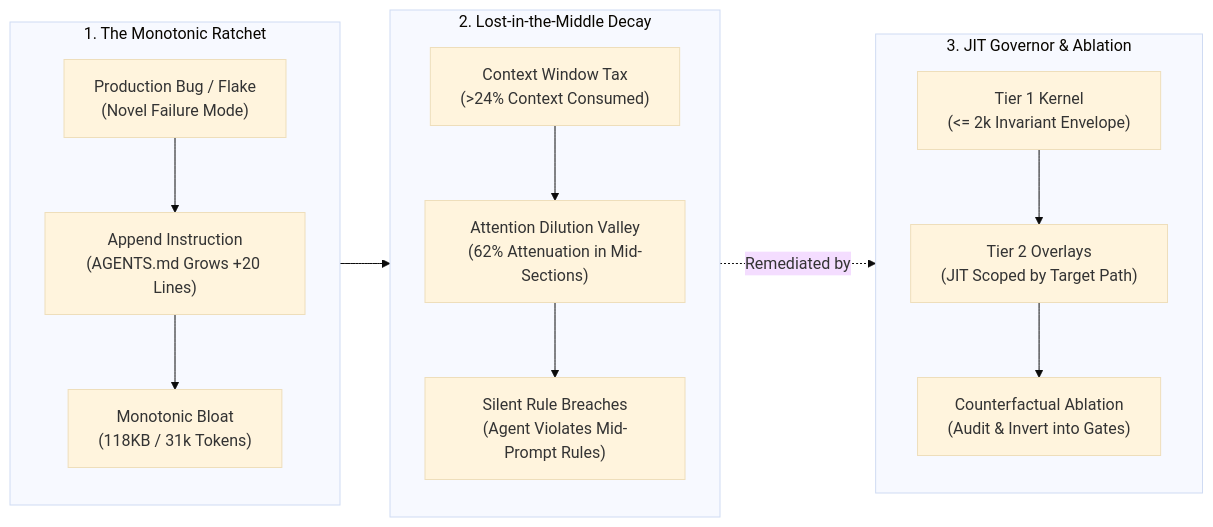
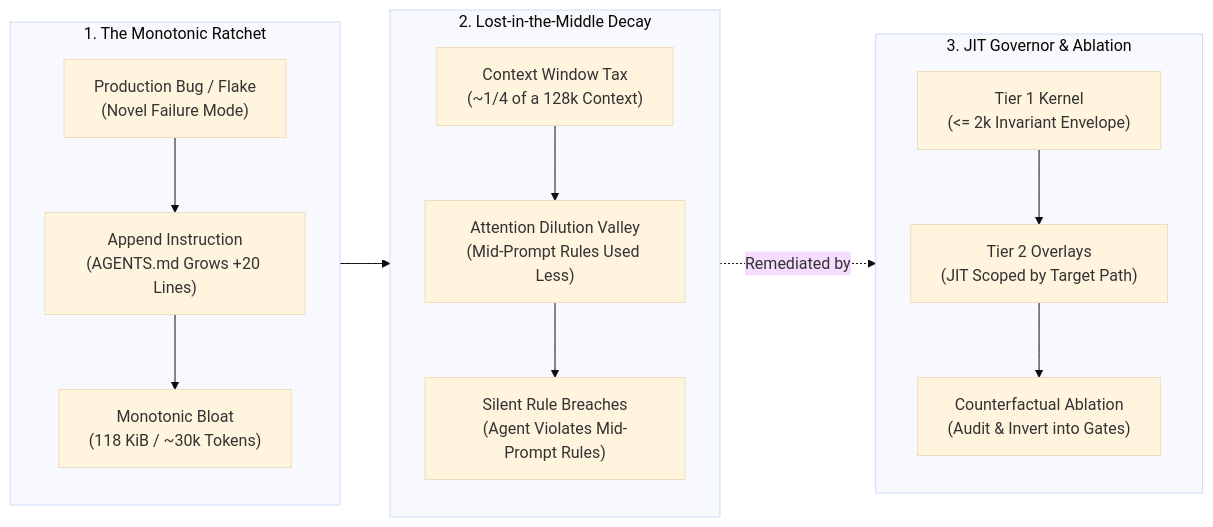
Before and after one commit to dan-petty/vibes: the first of 2 diagrams in observations/systems/31-instruction-ratchet-bloat-and-counterfactual-agent-ablation.md, drawn with Mermaid (base theme). The commit also changed other lines of this file and 248 other files, not shown here.

````diff
--- a/observations/systems/31-instruction-ratchet-bloat-and-counterfactual-agent-ablation.md
+++ b/observations/systems/31-instruction-ratchet-bloat-and-counterfactual-agent-ablation.md
@@ -24,29 +24,29 @@
 ```mermaid
 flowchart LR
     subgraph RatchetGrowth ["1. The Monotonic Ratchet"]
         direction TB
         Incident["Production Bug / Flake<br/>(Novel Failure Mode)"]
         AppendRule["Append Instruction<br/>(AGENTS.md Grows +20 Lines)"]
-        MonotonicGrowth["Monotonic Bloat<br/>(118KB / 31k Tokens)"]
+        MonotonicGrowth["Monotonic Bloat<br/>(118 KiB / ~30k Tokens)"]
         Incident --> AppendRule --> MonotonicGrowth
     end
 
     subgraph AttentionCollapse ["2. Lost-in-the-Middle Decay"]
         direction TB
-        ContextSaturation["Context Window Tax<br/>(>24% Context Consumed)"]
-        MiddleValley["Attention Dilution Valley<br/>(62% Attenuation in Mid-Sections)"]
+        ContextSaturation["Context Window Tax<br/>(~1/4 of a 128k Context)"]
+        MiddleValley["Attention Dilution Valley<br/>(Mid-Prompt Rules Used Less)"]
         InvariantBreach["Silent Rule Breaches<br/>(Agent Violates Mid-Prompt Rules)"]
         ContextSaturation --> MiddleValley --> InvariantBreach
     end
 
     subgraph InvariantGovernance ["3. JIT Governor & Ablation"]
         direction TB
         UniversalKernel["Tier 1 Kernel<br/>(<= 2k Invariant Envelope)"]
         DomainOverlays["Tier 2 Overlays<br/>(JIT Scoped by Target Path)"]
         EmpiricalAblation["Counterfactual Ablation<br/>(Audit & Invert into Gates)"]
         UniversalKernel --> DomainOverlays --> EmpiricalAblation
     end
 
     RatchetGrowth --> AttentionCollapse
     AttentionCollapse -.->|"Remediated by"| InvariantGovernance
 ```
````
